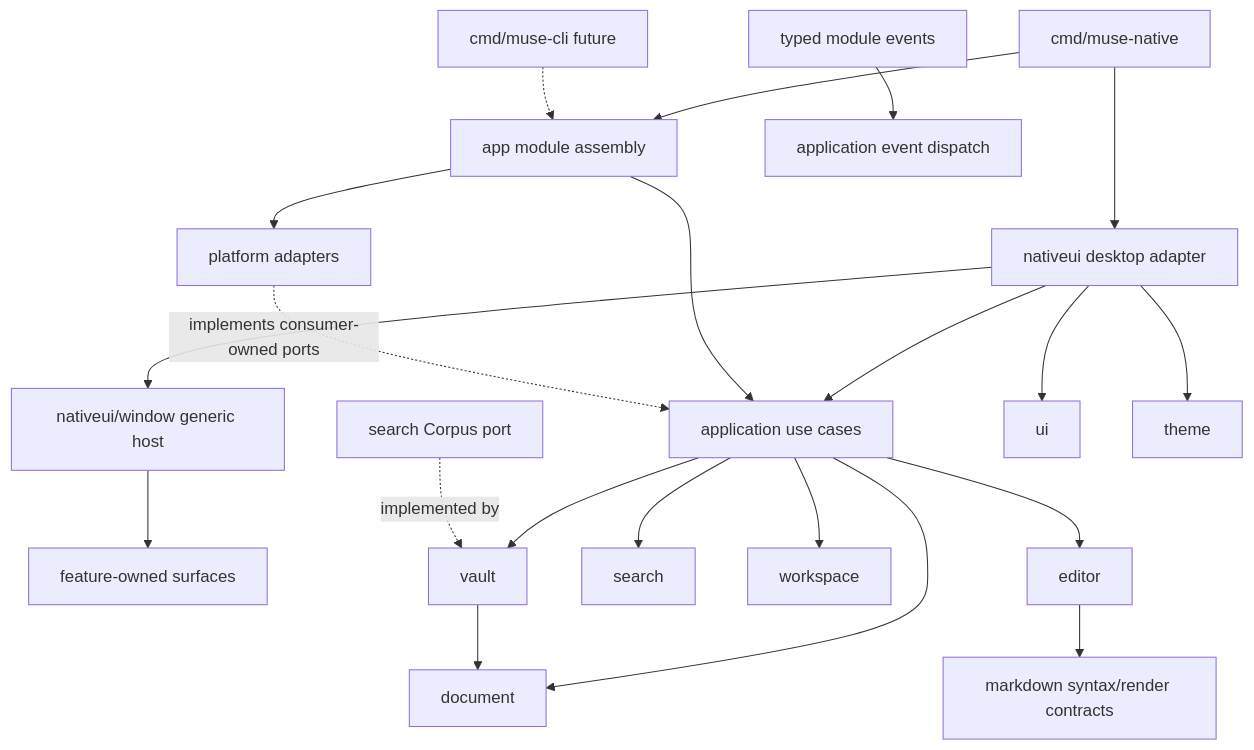
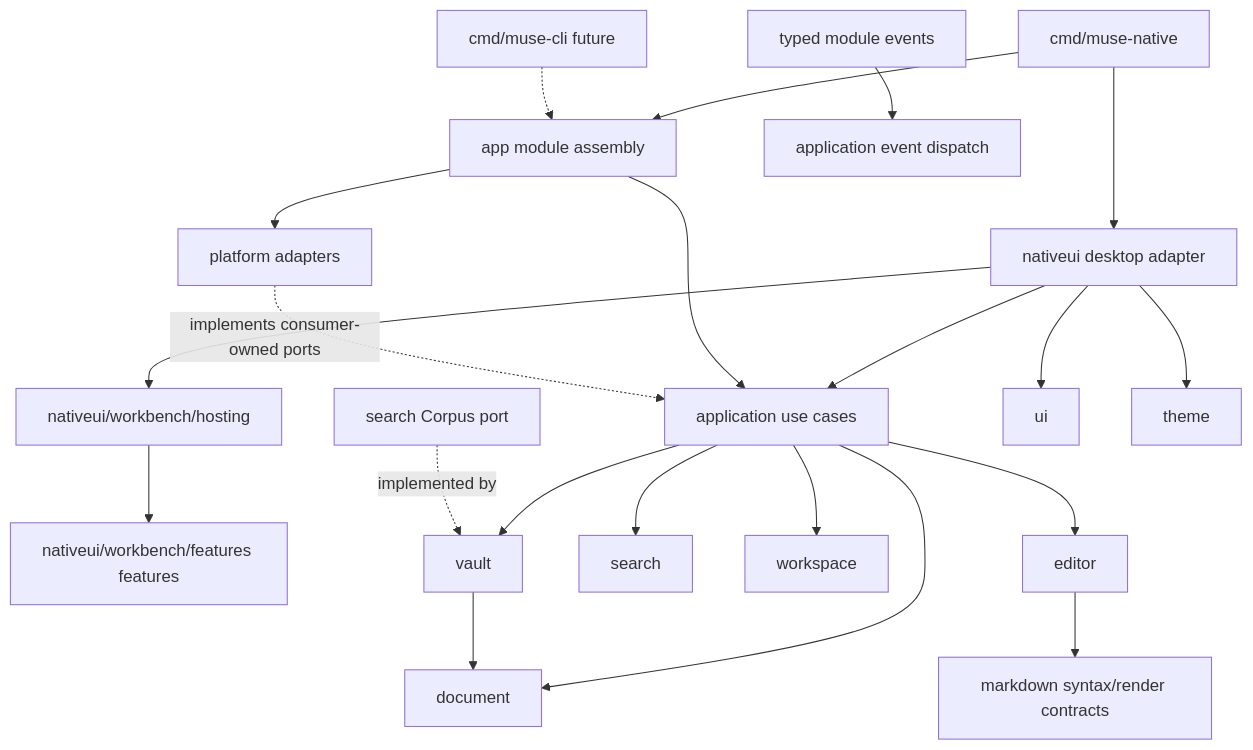
The diagram in docs/architecture.md (wheregrassdreams/muse), drawn with Mermaid before and after one commit. The commit also changed other lines of this file and 1 other file, not shown here.

Commit message:
docs(architecture): freeze target layout contract

````diff
--- a/docs/architecture.md
+++ b/docs/architecture.md
@@ -260,23 +345,23 @@
 ```mermaid
 flowchart TD
   DesktopCmd[cmd/muse-native] --> App[app module assembly]
   CLIFuture[cmd/muse-cli future] -.-> App
   DesktopCmd --> UI[nativeui desktop adapter]
-  UI --> WindowHost[nativeui/window generic host]
-  WindowHost --> Surfaces[feature-owned surfaces]
+  UI --> WindowHost[nativeui/workbench/hosting]
+  WindowHost --> Features[nativeui/workbench/features features]
   UI --> UseCases[application use cases]
   App --> UseCases
   App --> Platform[platform adapters]
   UseCases --> Document[document]
   UseCases --> Vault[vault]
   UseCases --> Search[search]
   UseCases --> Workspace[workspace]
   UseCases --> Editor[editor]
   Editor --> Markdown[markdown syntax/render contracts]
   Vault --> Document
   SearchPort[search Corpus port] -.implemented by.-> Vault
   Platform -.implements consumer-owned ports.-> UseCases
   UI --> SharedUI[ui]
   UI --> Theme[theme]
   DomainEvents[typed module events] --> Dispatcher[application event dispatch]
 ```
````
